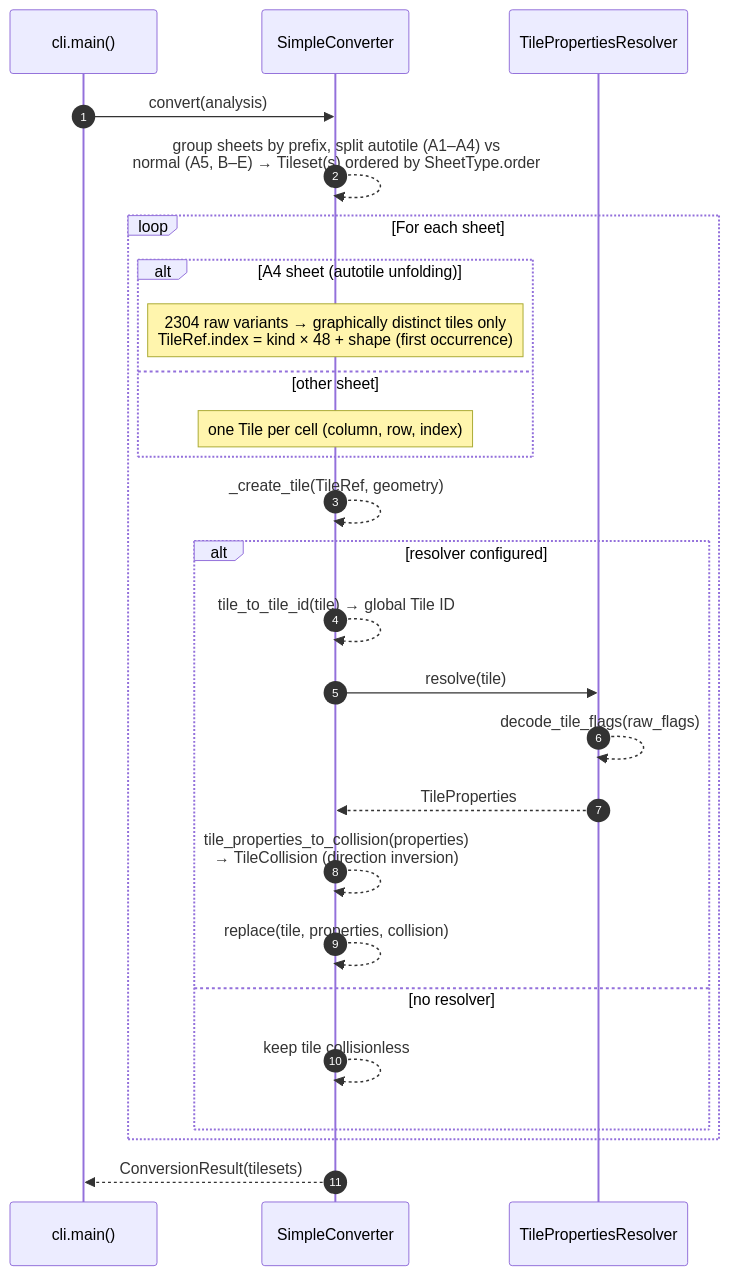
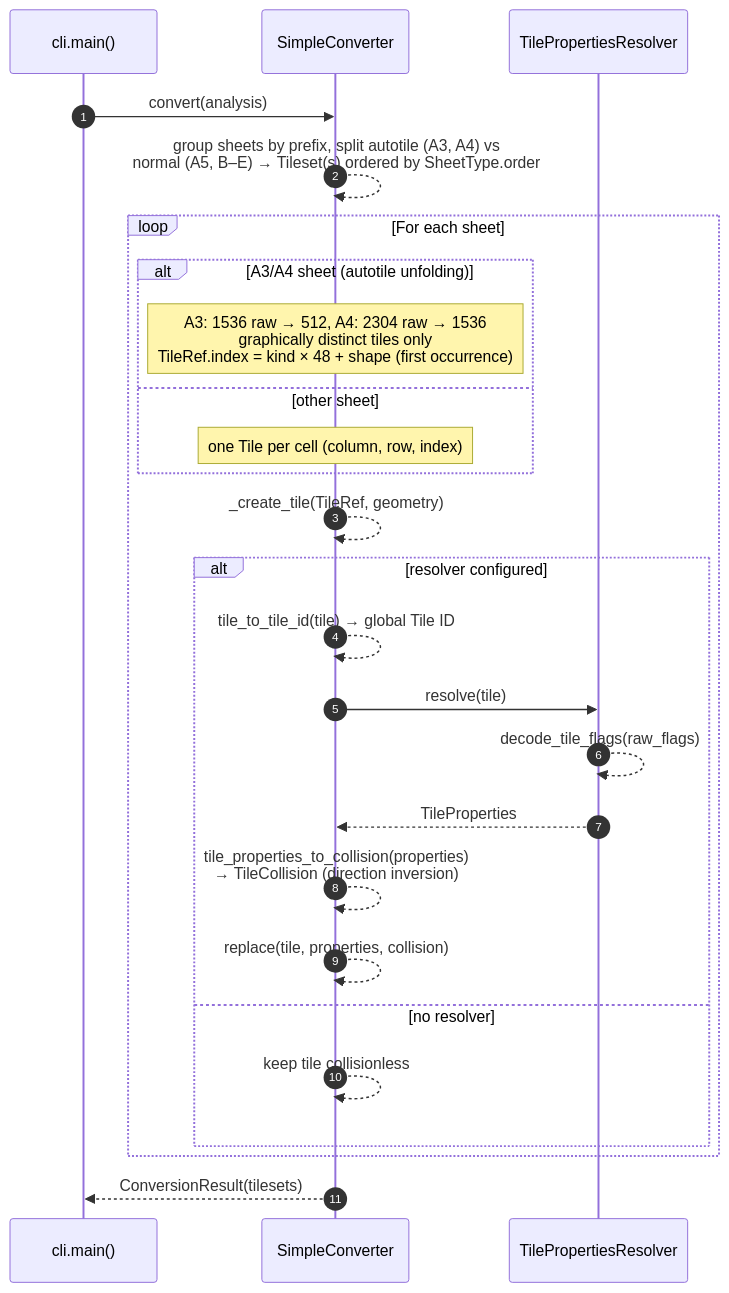
The third of 4 diagrams in README.md (ultra-sonic-28/rpgmaker2godot), drawn with Mermaid before and after one commit. The commit also changed other lines of this file and 22 other files, not shown here.

````diff
--- a/README.md
+++ b/README.md
@@ -457,29 +489,29 @@
 ```mermaid
 sequenceDiagram
     autonumber
     participant CLI as cli.main()
     participant C as SimpleConverter
     participant R as TilePropertiesResolver
 
     CLI->>C: convert(analysis)
-    C-->>C: group sheets by prefix, split autotile (A1–A4) vs<br/>normal (A5, B–E) → Tileset(s) ordered by SheetType.order
+    C-->>C: group sheets by prefix, split autotile (A3, A4) vs<br/>normal (A5, B–E) → Tileset(s) ordered by SheetType.order
     loop For each sheet
-        alt A4 sheet (autotile unfolding)
-            Note over C: 2304 raw variants → graphically distinct tiles only<br/>TileRef.index = kind × 48 + shape (first occurrence)
+        alt A3/A4 sheet (autotile unfolding)
+            Note over C: A3: 1536 raw → 512, A4: 2304 raw → 1536<br/>graphically distinct tiles only<br/>TileRef.index = kind × 48 + shape (first occurrence)
         else other sheet
             Note over C: one Tile per cell (column, row, index)
         end
         C-->>C: _create_tile(TileRef, geometry)
         alt resolver configured
             C-->>C: tile_to_tile_id(tile) → global Tile ID
             C->>R: resolve(tile)
             R-->>R: decode_tile_flags(raw_flags)
             R-->>C: TileProperties
             C-->>C: tile_properties_to_collision(properties)<br/>→ TileCollision (direction inversion)
             C-->>C: replace(tile, properties, collision)
         else no resolver
             C-->>C: keep tile collisionless
         end
     end
     C-->>CLI: ConversionResult(tilesets)
 ```
````
